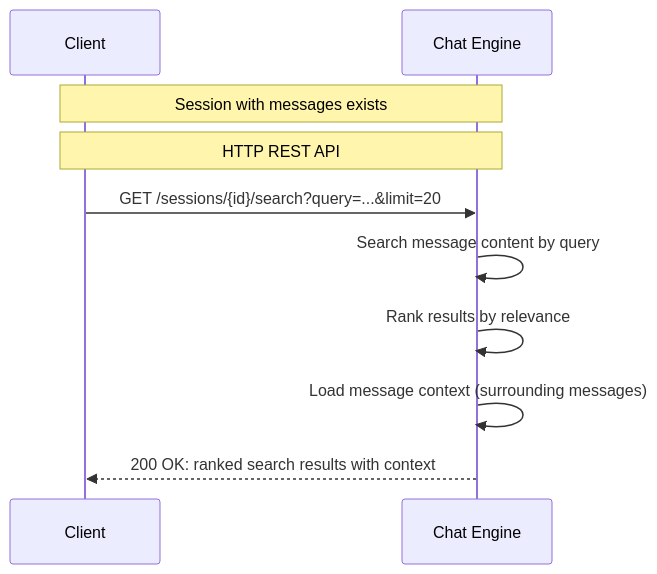
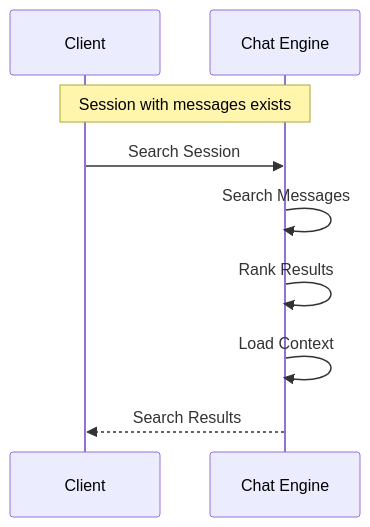
One commit to hypernetix/hyperspot changed diagram 12 of 16 in modules/chat_engine/DESIGN.md. Above: the diagram before and after it, drawn with Mermaid. The commit also changed other lines of this file and 25 other files, not shown here.

````diff
--- a/modules/chat_engine/DESIGN.md
+++ b/modules/chat_engine/DESIGN.md
@@ -784,14 +739,13 @@
 ```mermaid
 sequenceDiagram
     participant Client
     participant Chat Engine
 
     Note over Client,Chat Engine: Session with messages exists
 
-    Note over Client,Chat Engine: HTTP REST API
-    Client->>Chat Engine: GET /sessions/{id}/search?query=...&limit=20
-    Chat Engine->>Chat Engine: Search message content by query
-    Chat Engine->>Chat Engine: Rank results by relevance
-    Chat Engine->>Chat Engine: Load message context (surrounding messages)
-    Chat Engine-->>Client: 200 OK: ranked search results with context
+    Client->>Chat Engine: Search Session
+    Chat Engine->>Chat Engine: Search Messages
+    Chat Engine->>Chat Engine: Rank Results
+    Chat Engine->>Chat Engine: Load Context
+    Chat Engine-->>Client: Search Results
 ```
````
